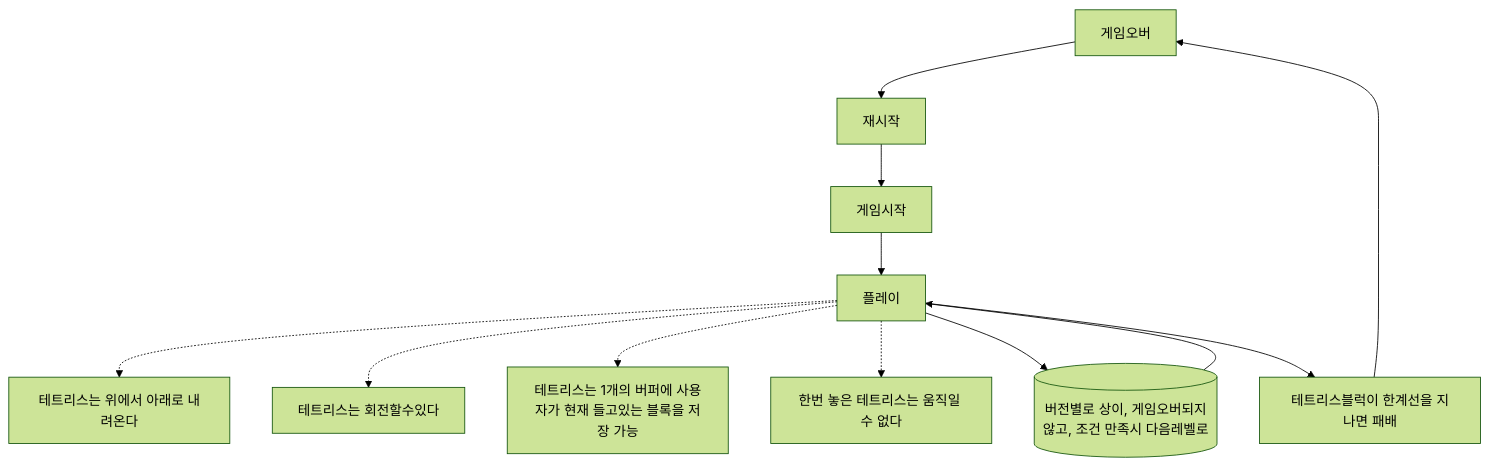
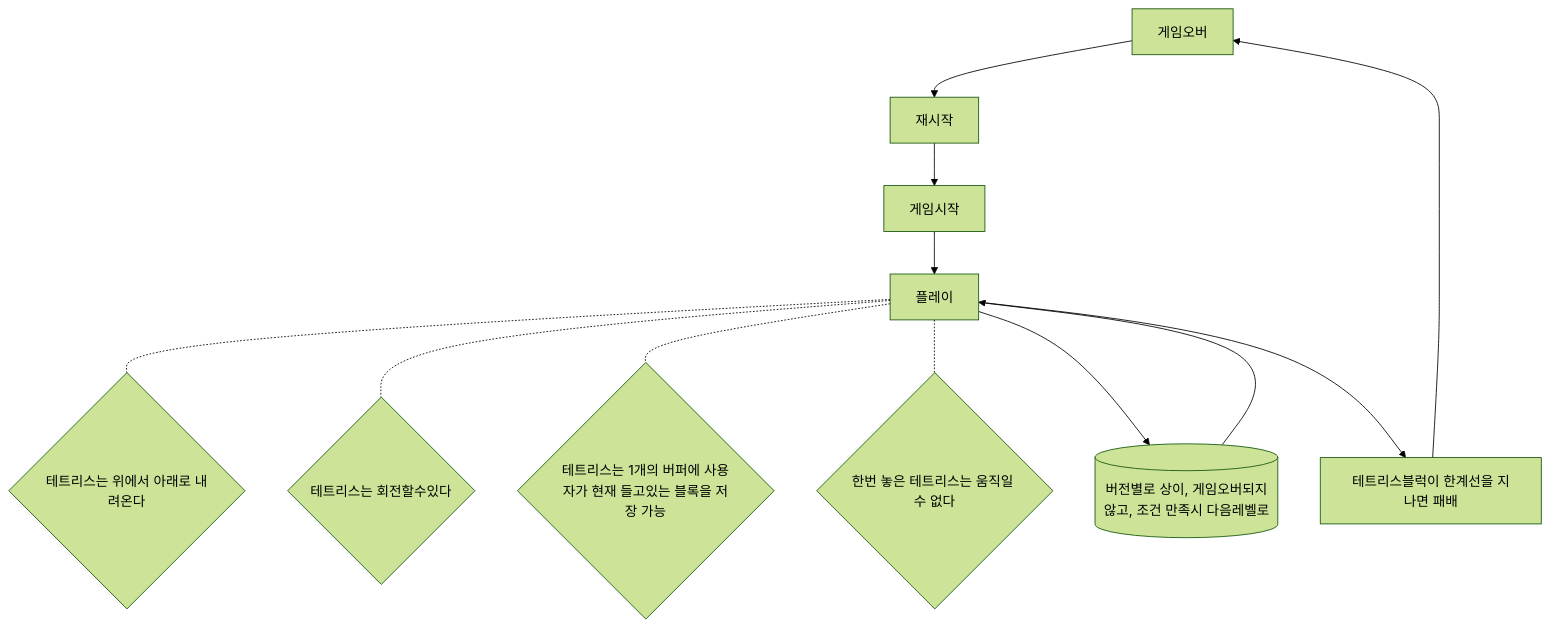
One commit to BADUGII/Tutorial_Imitation_Teris changed the first of 2 diagrams in Diagrams/20210519_한원석.md. Above: the diagram before and after it, drawn with Mermaid (forest theme).

````diff
--- a/Diagrams/20210519_한원석.md
+++ b/Diagrams/20210519_한원석.md
@@ -2,15 +2,15 @@
 ```mermaid
 graph TD
   GameOver[게임오버] --> Restart[재시작]
   Restart --> GameStart[게임시작]
   GameStart --> Play[플레이]
-  Play -.-> Rule1[테트리스는 위에서 아래로 내려온다]
-  Play -.-> Rule2[테트리스는 회전할수있다]
-  Play -.-> Rule3[테트리스는 1개의 버퍼에 사용자가 현재 들고있는 블록을 저장 가능]
-  Play -.-> Rule4[한번 놓은 테트리스는 움직일 수 없다]
+  Play -.- Rule1{테트리스는 위에서 아래로 내려온다}
+  Play -.- Rule2{테트리스는 회전할수있다}
+  Play -.- Rule3{테트리스는 1개의 버퍼에 사용자가 현재 들고있는 블록을 저장 가능}
+  Play -.- Rule4{한번 놓은 테트리스는 움직일 수 없다}
 
   Play --> Clear[(버전별로 상이, 게임오버되지않고, 조건 만족시 다음레벨로)]
   Clear--> Play
   Play --> LoseCondition[테트리스블럭이 한계선을 지나면 패배]
   LoseCondition --> GameOver
 ```
````
